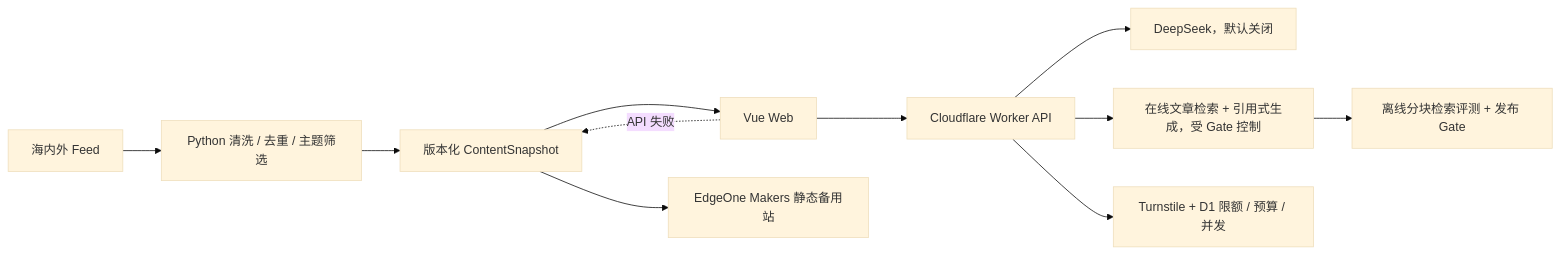
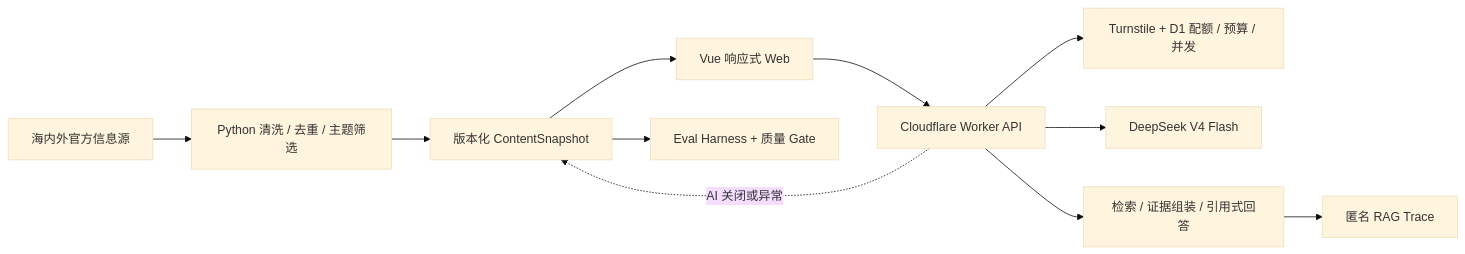
One commit to Dyj0926D/newseviday changed the diagram in README.md. Above: the diagram before and after it, drawn with Mermaid (base theme). The commit also changed other lines of this file and 74 other files, not shown here.

````diff
--- a/README.md
+++ b/README.md
@@ -30,13 +30,13 @@
 ```mermaid
 flowchart LR
-    Feed["海内外 Feed"] --> Py["Python 清洗 / 去重 / 主题筛选"]
-    Py --> Snapshot["版本化 ContentSnapshot"]
-    Snapshot --> Vue["Vue Web"]
-    Vue --> Worker["Cloudflare Worker API"]
-    Vue -. "API 失败" .-> Snapshot
-    Worker --> DeepSeek["DeepSeek，默认关闭"]
-    Worker --> RAG["在线文章检索 + 引用式生成，受 Gate 控制"]
-    Worker --> Guardrails["Turnstile + D1 限额 / 预算 / 并发"]
-    RAG --> Eval["离线分块检索评测 + 发布 Gate"]
-    Snapshot --> EdgeOne["EdgeOne Makers 静态备用站"]
+    Sources["海内外官方信息源"] --> Pipeline["Python 清洗 / 去重 / 主题筛选"]
+    Pipeline --> Snapshot["版本化 ContentSnapshot"]
+    Snapshot --> Web["Vue 响应式 Web"]
+    Web --> Worker["Cloudflare Worker API"]
+    Worker --> Guardrails["Turnstile + D1 配额 / 预算 / 并发"]
+    Worker --> Model["DeepSeek V4 Flash"]
+    Worker --> RAG["检索 / 证据组装 / 引用式回答"]
+    RAG --> Trace["匿名 RAG Trace"]
+    Snapshot --> Eval["Eval Harness + 质量 Gate"]
+    Worker -. "AI 关闭或异常" .-> Snapshot
 ```
````
